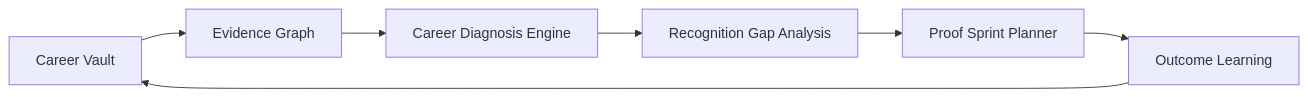
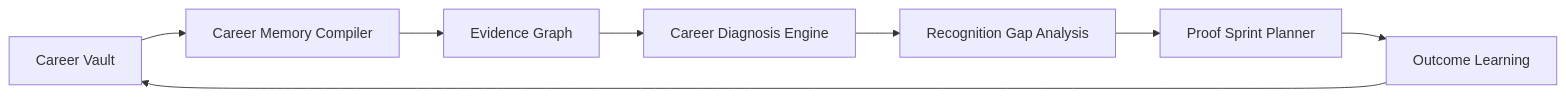
Before and after one commit to shaharnavt-cpu/CareerOS: the diagram in docs/specs/CareerOS-North-Star.md, drawn with Mermaid. The commit also changed other lines of this file and 24 other files, not shown here.

````diff
--- a/docs/specs/CareerOS-North-Star.md
+++ b/docs/specs/CareerOS-North-Star.md
@@ -58,9 +60,10 @@
 ```mermaid
 flowchart LR
-    Vault[Career Vault] --> Graph[Evidence Graph]
+    Vault[Career Vault] --> Compiler[Career Memory Compiler]
+    Compiler --> Graph[Evidence Graph]
     Graph --> Diagnosis[Career Diagnosis Engine]
     Diagnosis --> Gap[Recognition Gap Analysis]
     Gap --> Sprint[Proof Sprint Planner]
     Sprint --> Outcomes[Outcome Learning]
     Outcomes --> Vault
 ```
````
